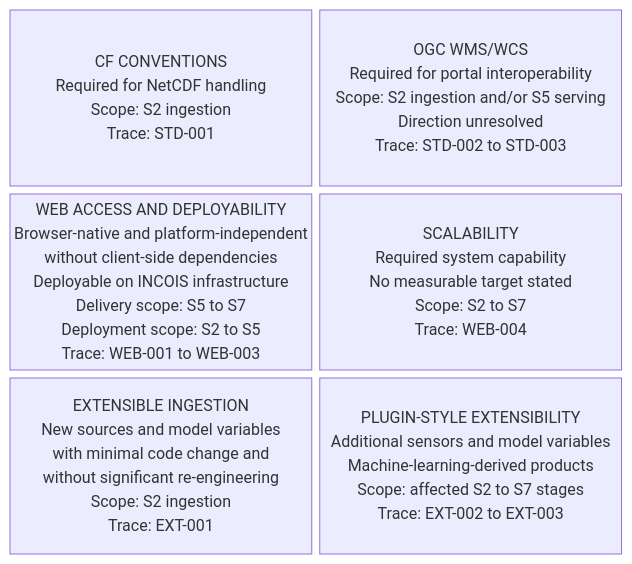
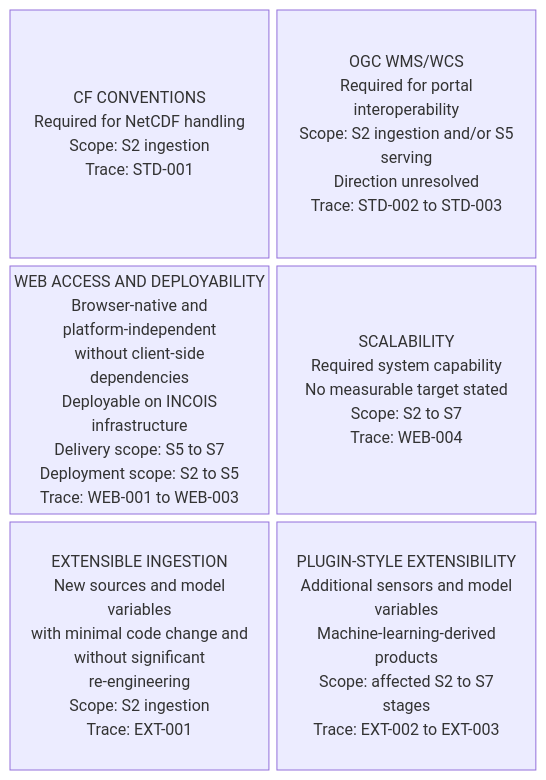
One commit to CSubham/incois-3d-ocean-visualization changed the fifth of 6 diagrams in HLSA_INCOIS_3D_Ocean_Data_Visualization_System.md. Above: the diagram before and after it, drawn with Mermaid. The commit also changed other lines of this file, not shown here.

Commit message:
High Level Software Architecture (can be revised in case of missing content or errors)

````diff
--- a/HLSA_INCOIS_3D_Ocean_Data_Visualization_System.md
+++ b/HLSA_INCOIS_3D_Ocean_Data_Visualization_System.md
@@ -271,16 +276,16 @@
 ```mermaid
 block-beta
     columns 2
 
     CF["CF CONVENTIONS<br/>Required for NetCDF handling<br/>Scope: S2 ingestion<br/>Trace: STD-001"]
-    OGC["OGC WMS/WCS<br/>Required for portal interoperability<br/>Scope: S2 ingestion and/or S5 serving<br/>Direction unresolved<br/>Trace: STD-002 to STD-003"]
+    OGC["OGC WMS/WCS<br/>Required for portal<br/>interoperability<br/>Scope: S2 ingestion and/or S5<br/>serving<br/>Direction unresolved<br/>Trace: STD-002 to STD-003"]
 
-    WEB["WEB ACCESS AND DEPLOYABILITY<br/>Browser-native and platform-independent<br/>without client-side dependencies<br/>Deployable on INCOIS infrastructure<br/>Delivery scope: S5 to S7<br/>Deployment scope: S2 to S5<br/>Trace: WEB-001 to WEB-003"]
+    WEB["WEB ACCESS AND DEPLOYABILITY<br/>Browser-native and<br/>platform-independent<br/>without client-side<br/>dependencies<br/>Deployable on INCOIS<br/>infrastructure<br/>Delivery scope: S5 to S7<br/>Deployment scope: S2 to S5<br/>Trace: WEB-001 to WEB-003"]
     SCALE["SCALABILITY<br/>Required system capability<br/>No measurable target stated<br/>Scope: S2 to S7<br/>Trace: WEB-004"]
 
-    EXT_INPUT["EXTENSIBLE INGESTION<br/>New sources and model variables<br/>with minimal code change and<br/>without significant re-engineering<br/>Scope: S2 ingestion<br/>Trace: EXT-001"]
-    EXT_PLUGIN["PLUGIN-STYLE EXTENSIBILITY<br/>Additional sensors and model variables<br/>Machine-learning-derived products<br/>Scope: affected S2 to S7 stages<br/>Trace: EXT-002 to EXT-003"]
+    EXT_INPUT["EXTENSIBLE INGESTION<br/>New sources and model<br/>variables<br/>with minimal code change and<br/>without significant<br/>re-engineering<br/>Scope: S2 ingestion<br/>Trace: EXT-001"]
+    EXT_PLUGIN["PLUGIN-STYLE EXTENSIBILITY<br/>Additional sensors and model<br/>variables<br/>Machine-learning-derived<br/>products<br/>Scope: affected S2 to S7<br/>stages<br/>Trace: EXT-002 to EXT-003"]
 
     classDef constraint fill:#E8F1FB,stroke:#2F6B9A,color:#17202A,stroke-width:1.5px;
     class CF,OGC,WEB,SCALE,EXT_INPUT,EXT_PLUGIN constraint;
 ```
````
